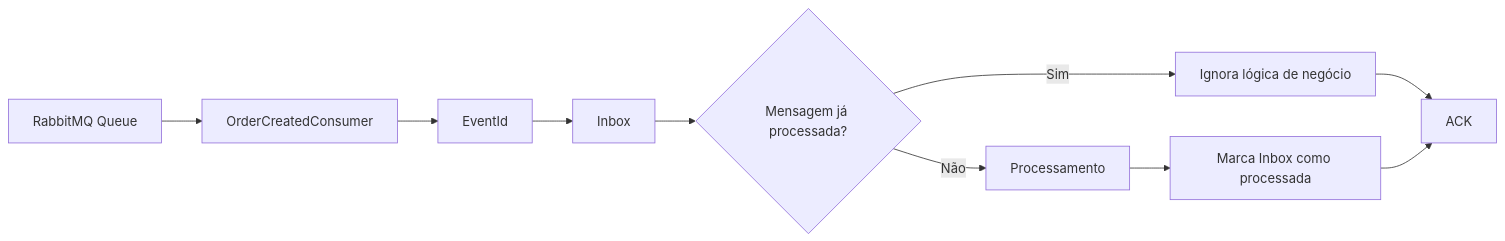
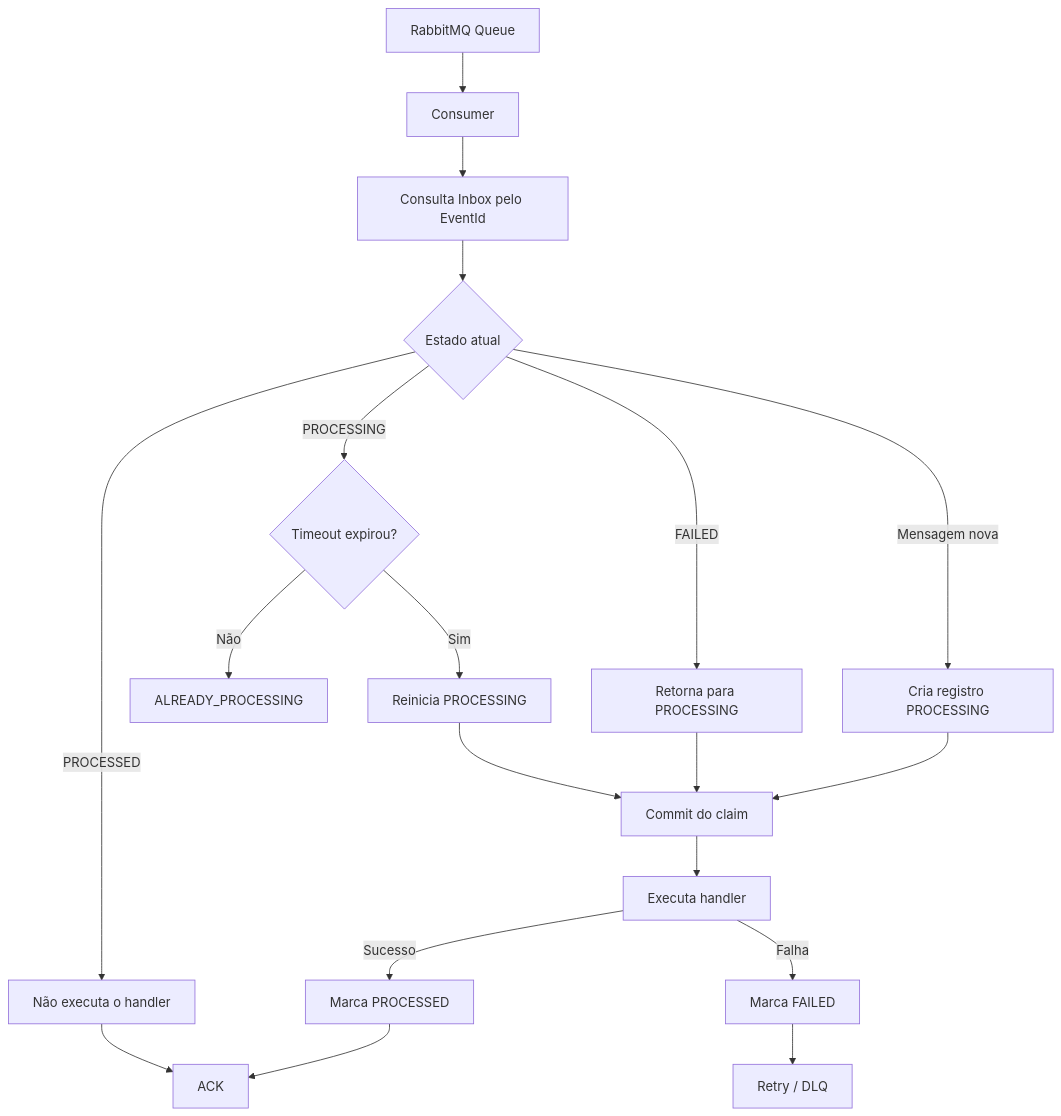
One commit to MarcosMj2rs/OrderFlow changed the diagram in docs/adr/ADR-010-Inbox-Pattern.md. Above: the diagram before and after it, drawn with Mermaid. The commit also changed other lines of this file and 1 other file, not shown here.

Commit message:
docs(inbox): update processing states, timeout and concurrency

````diff
--- a/docs/adr/ADR-010-Inbox-Pattern.md
+++ b/docs/adr/ADR-010-Inbox-Pattern.md
@@ -232,17 +247,31 @@
 ```mermaid
-flowchart LR
+flowchart TD
 
-A[RabbitMQ Queue]
---> B[OrderCreatedConsumer]
---> C[EventId]
---> D[Inbox]
+    A[RabbitMQ Queue]
+    --> B[Consumer]
+    --> C[Consulta Inbox pelo EventId]
 
-D --> E{Mensagem já processada?}
+    C --> D{Estado atual}
 
-E -->|Sim| F[Ignora lógica de negócio]
-F --> G[ACK]
+    D -->|PROCESSED| E[Não executa o handler]
+    E --> F[ACK]
 
-E -->|Não| H[Processamento]
-H --> I[Marca Inbox como processada]
-I --> G
+    D -->|PROCESSING| G{Timeout expirou?}
+    G -->|Não| H[ALREADY_PROCESSING]
+    G -->|Sim| I[Reinicia PROCESSING]
+
+    D -->|FAILED| J[Retorna para PROCESSING]
+    D -->|Mensagem nova| K[Cria registro PROCESSING]
+
+    I --> L[Commit do claim]
+    J --> L
+    K --> L
+
+    L --> M[Executa handler]
+
+    M -->|Sucesso| N[Marca PROCESSED]
+    N --> F
+
+    M -->|Falha| O[Marca FAILED]
+    O --> P[Retry / DLQ]
 ```
````
